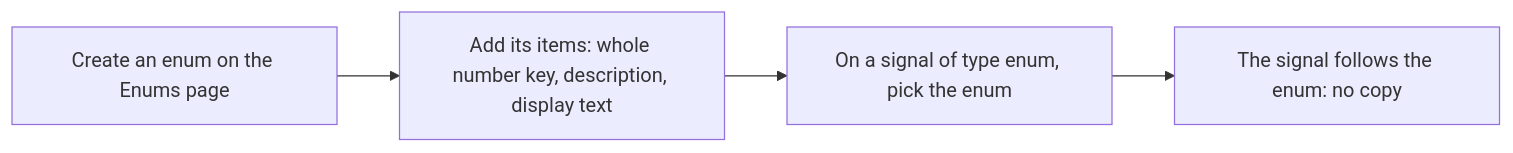
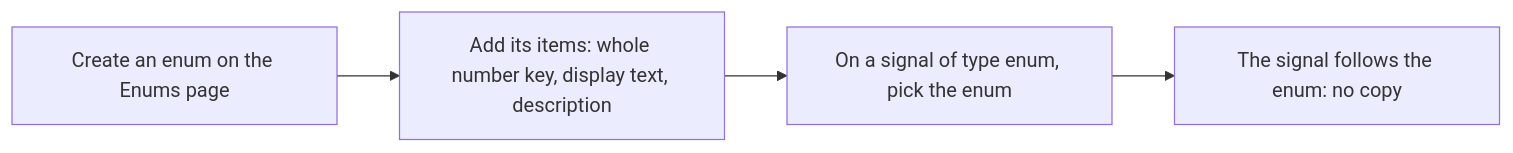
One commit to AlexandreGallais/synoptic-studio-spec changed the second of 2 diagrams in metadata/06-enums.md. Above: the diagram before and after it, drawn with Mermaid. The commit also changed other lines of this file and 7 other files, not shown here.

````diff
--- a/metadata/06-enums.md
+++ b/metadata/06-enums.md
@@ -53,6 +54,6 @@
 ```mermaid
 flowchart LR
-    A["Create an enum on the Enums page"] --> B["Add its items: whole number key, description, display text"]
+    A["Create an enum on the Enums page"] --> B["Add its items: whole number key, display text, description"]
     B --> C["On a signal of type enum, pick the enum"]
     C --> D["The signal follows the enum: no copy"]
 ```
````
